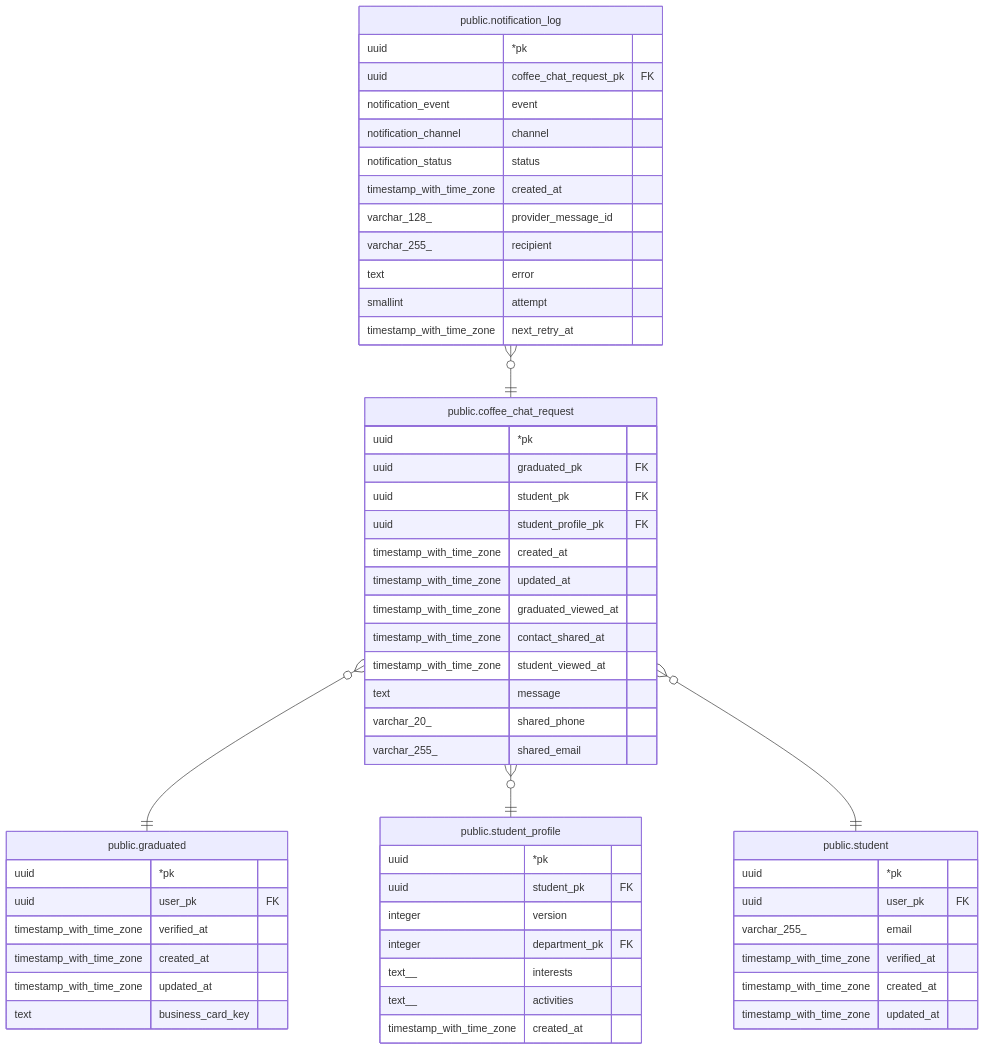
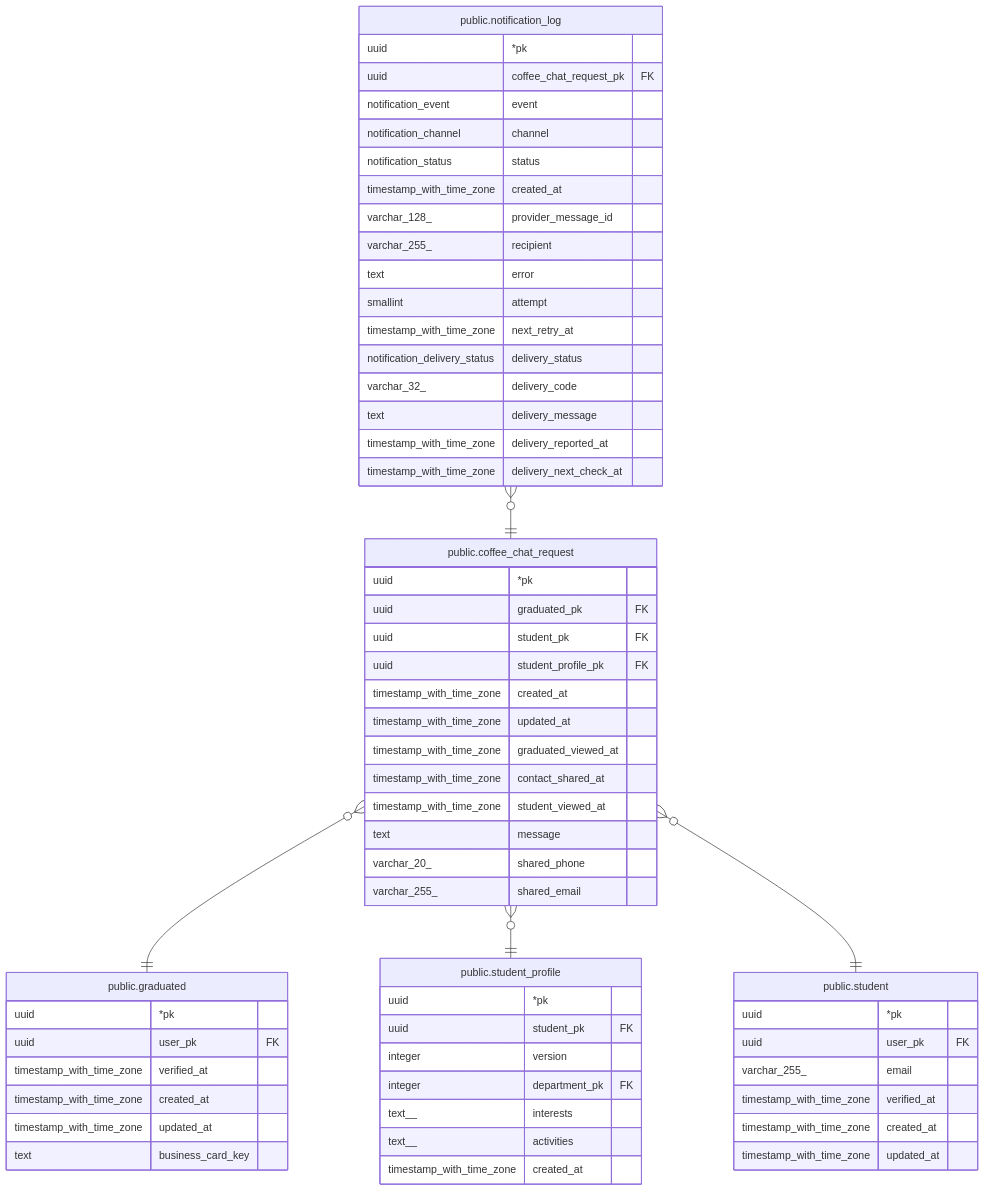
The diagram in docs/schema/public.coffee_chat_request.md (gsainfoteam/cheers-be), drawn with Mermaid before and after one commit. The commit also changed 10 other files, not shown here.

Commit message:
- feat: add notification_log delivery result columns for alimtalk (CRB-77)

````diff
--- a/docs/schema/public.coffee_chat_request.md
+++ b/docs/schema/public.coffee_chat_request.md
@@ -43,61 +43,66 @@
 ```mermaid
 erDiagram
 
 "public.notification_log" }o--|| "public.coffee_chat_request" : ""
 "public.coffee_chat_request" }o--|| "public.graduated" : ""
 "public.coffee_chat_request" }o--|| "public.student_profile" : ""
 "public.coffee_chat_request" }o--|| "public.student" : ""
 
 "public.coffee_chat_request" {
   uuid *pk
   uuid graduated_pk FK
   uuid student_pk FK
   uuid student_profile_pk FK
   timestamp_with_time_zone created_at
   timestamp_with_time_zone updated_at
   timestamp_with_time_zone graduated_viewed_at
   timestamp_with_time_zone contact_shared_at
   timestamp_with_time_zone student_viewed_at
   text message
   varchar_20_ shared_phone
   varchar_255_ shared_email
 }
 "public.notification_log" {
   uuid *pk
   uuid coffee_chat_request_pk FK
   notification_event event
   notification_channel channel
   notification_status status
   timestamp_with_time_zone created_at
   varchar_128_ provider_message_id
   varchar_255_ recipient
   text error
   smallint attempt
   timestamp_with_time_zone next_retry_at
+  notification_delivery_status delivery_status
+  varchar_32_ delivery_code
+  text delivery_message
+  timestamp_with_time_zone delivery_reported_at
+  timestamp_with_time_zone delivery_next_check_at
 }
 "public.graduated" {
   uuid *pk
   uuid user_pk FK
   timestamp_with_time_zone verified_at
   timestamp_with_time_zone created_at
   timestamp_with_time_zone updated_at
   text business_card_key
 }
 "public.student_profile" {
   uuid *pk
   uuid student_pk FK
   integer version
   integer department_pk FK
   text__ interests
   text__ activities
   timestamp_with_time_zone created_at
 }
 "public.student" {
   uuid *pk
   uuid user_pk FK
   varchar_255_ email
   timestamp_with_time_zone verified_at
   timestamp_with_time_zone created_at
   timestamp_with_time_zone updated_at
 }
 ```
````
